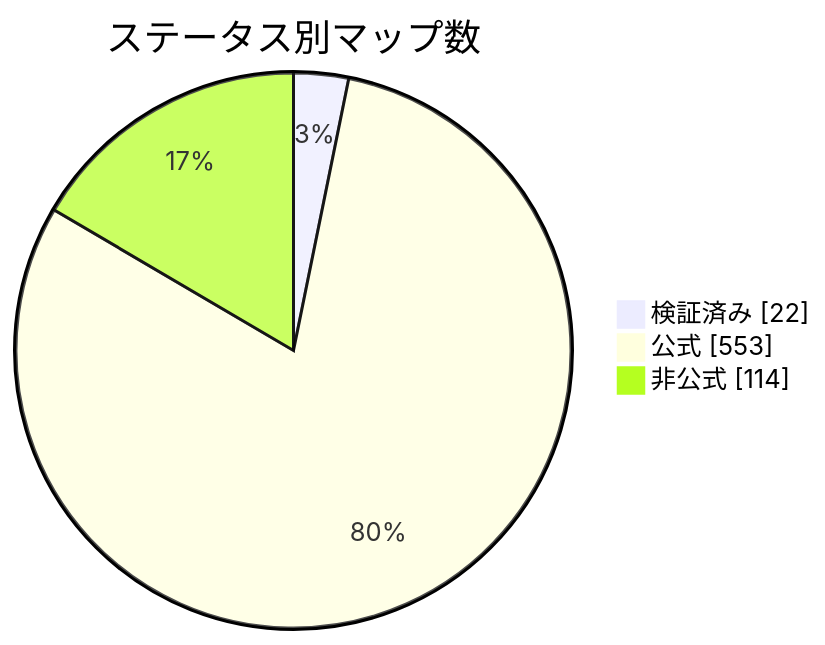
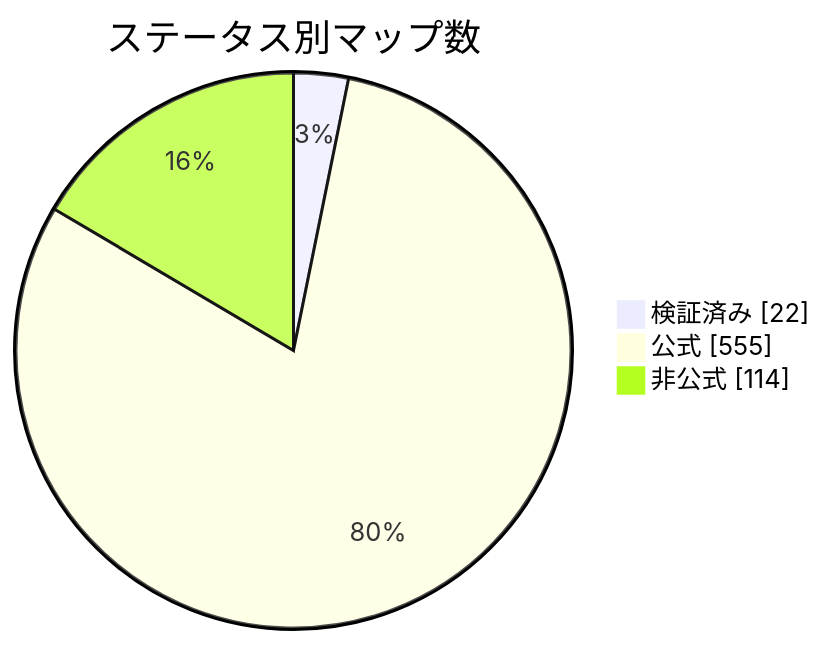
Before and after one commit to nobrega8/mbmap-library: the diagram in docs/readme/README_JP.md, drawn with Mermaid. The commit also changed 7 other files, not shown here.

````diff
--- a/docs/readme/README_JP.md
+++ b/docs/readme/README_JP.md
@@ -54,7 +54,7 @@
 ```mermaid
 pie showData
     title ステータス別マップ数
     "検証済み" : 22
-    "公式" : 553
+    "公式" : 555
     "非公式" : 114
 ```
````
